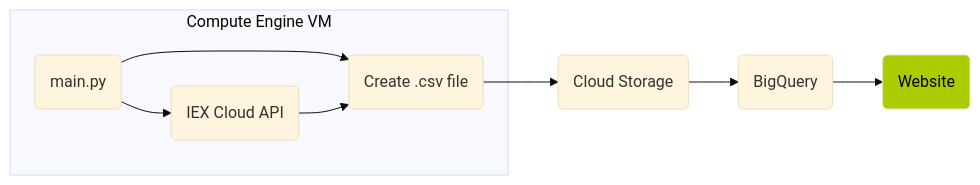
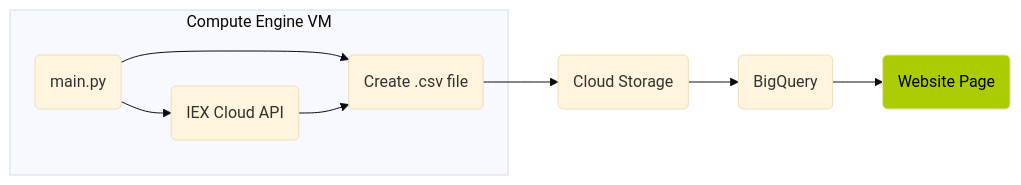
The diagram in README.md (digitalghost-dev/stock-data-pipeline), drawn with Mermaid (base theme) before and after one commit. The commit also changed other lines of this file, not shown here.

````diff
--- a/README.md
+++ b/README.md
@@ -22,11 +36,11 @@
 ```mermaid
 flowchart LR;
     subgraph Compute Engine VM;
     A(main.py)-->B(IEX Cloud API) & C(Create .csv file);
     end;
     B-->C;
     C-->D(Cloud Storage);
     D-->E(BigQuery);
-    E-->F(Website);
+    E-->F(Website Page);
     style F fill:#AACC00,color:#000
 ```
````
